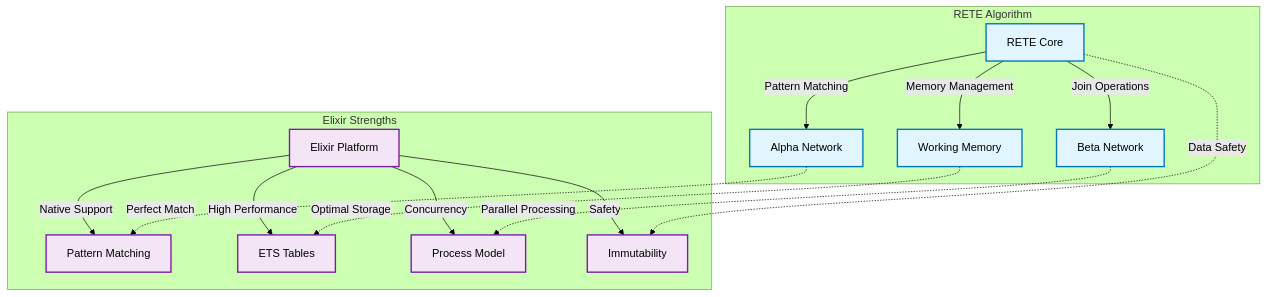
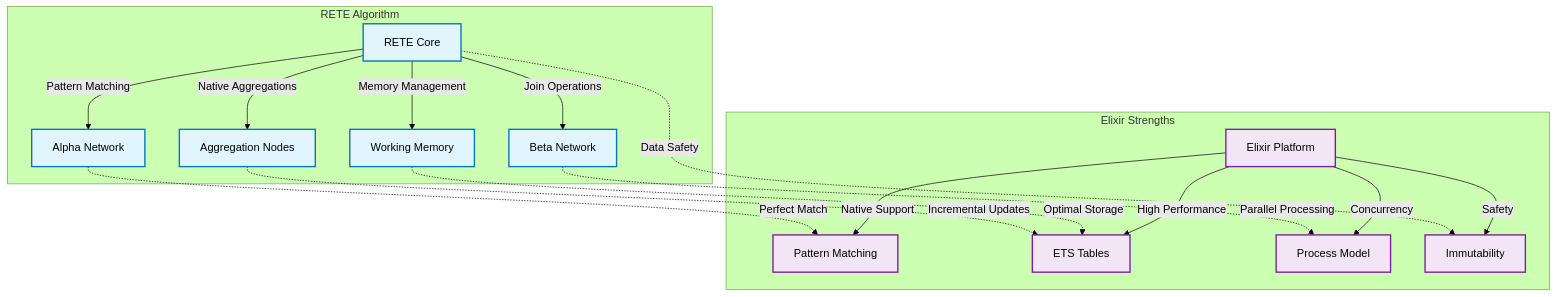
Before and after one commit to hl/presto: the first of 4 diagrams in specs/presto.md, drawn with Mermaid (forest theme). The commit also changed other lines of this file and 11 other files, not shown here.

First line of the commit message:
docs: update all markdown files for BSSN simplification and RETE-native aggregations

````diff
--- a/specs/presto.md
+++ b/specs/presto.md
@@ -9,29 +9,31 @@
 ```mermaid
 graph TB
     subgraph "RETE Algorithm"
         R[RETE Core]
         R --> |Pattern Matching| PM[Alpha Network]
         R --> |Join Operations| JO[Beta Network]
         R --> |Memory Management| MM[Working Memory]
+        R --> |Native Aggregations| AG[Aggregation Nodes]
     end
     
     subgraph "Elixir Strengths"
         E[Elixir Platform]
         E --> |Native Support| NP[Pattern Matching]
         E --> |High Performance| ETS[ETS Tables]
         E --> |Concurrency| PROC[Process Model]
         E --> |Safety| IMM[Immutability]
     end
     
     PM -.->|Perfect Match| NP
     MM -.->|Optimal Storage| ETS
     JO -.->|Parallel Processing| PROC
+    AG -.->|Incremental Updates| ETS
     R -.->|Data Safety| IMM
     
     classDef rete fill:#e1f5fe,stroke:#0277bd,stroke-width:2px
     classDef elixir fill:#f3e5f5,stroke:#7b1fa2,stroke-width:2px
     classDef connection fill:#e8f5e8,stroke:#2e7d32,stroke-width:2px
     
-    class R,PM,JO,MM rete
+    class R,PM,JO,MM,AG rete
     class E,NP,ETS,PROC,IMM elixir
 ```
````
